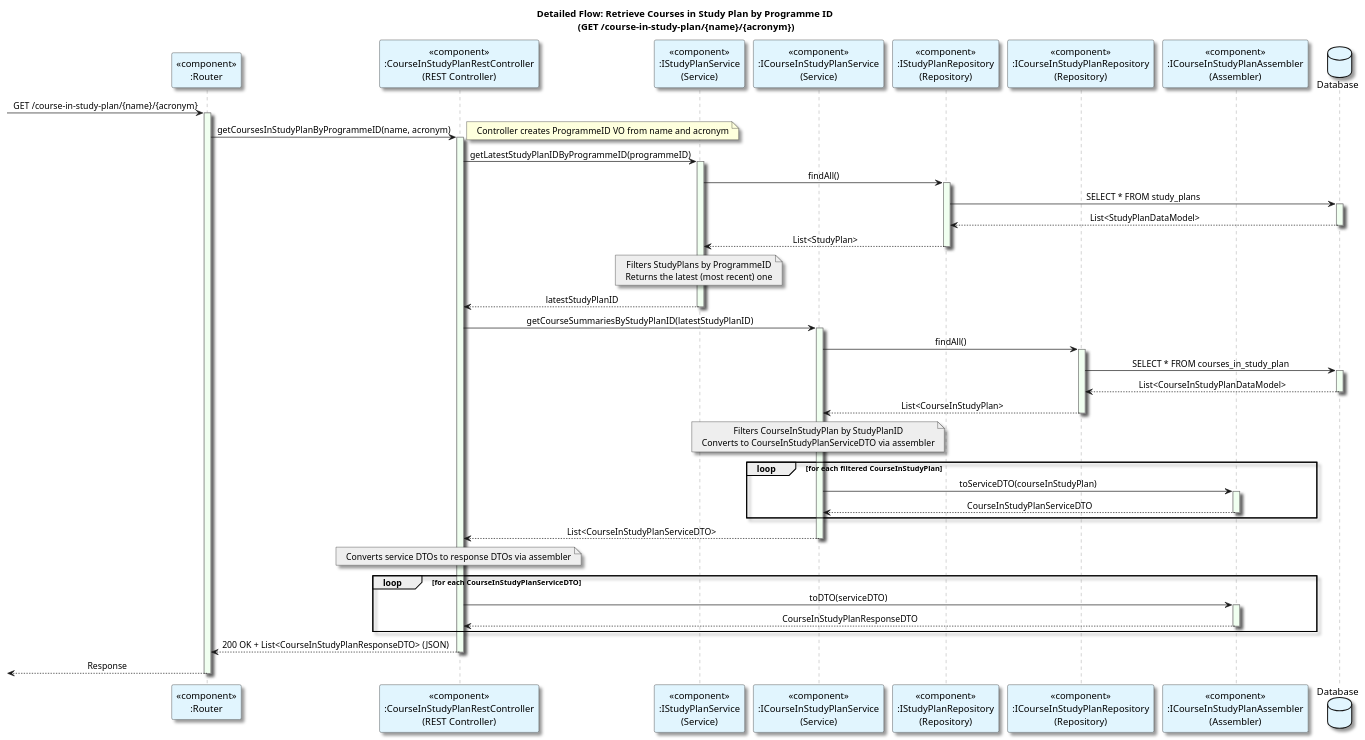
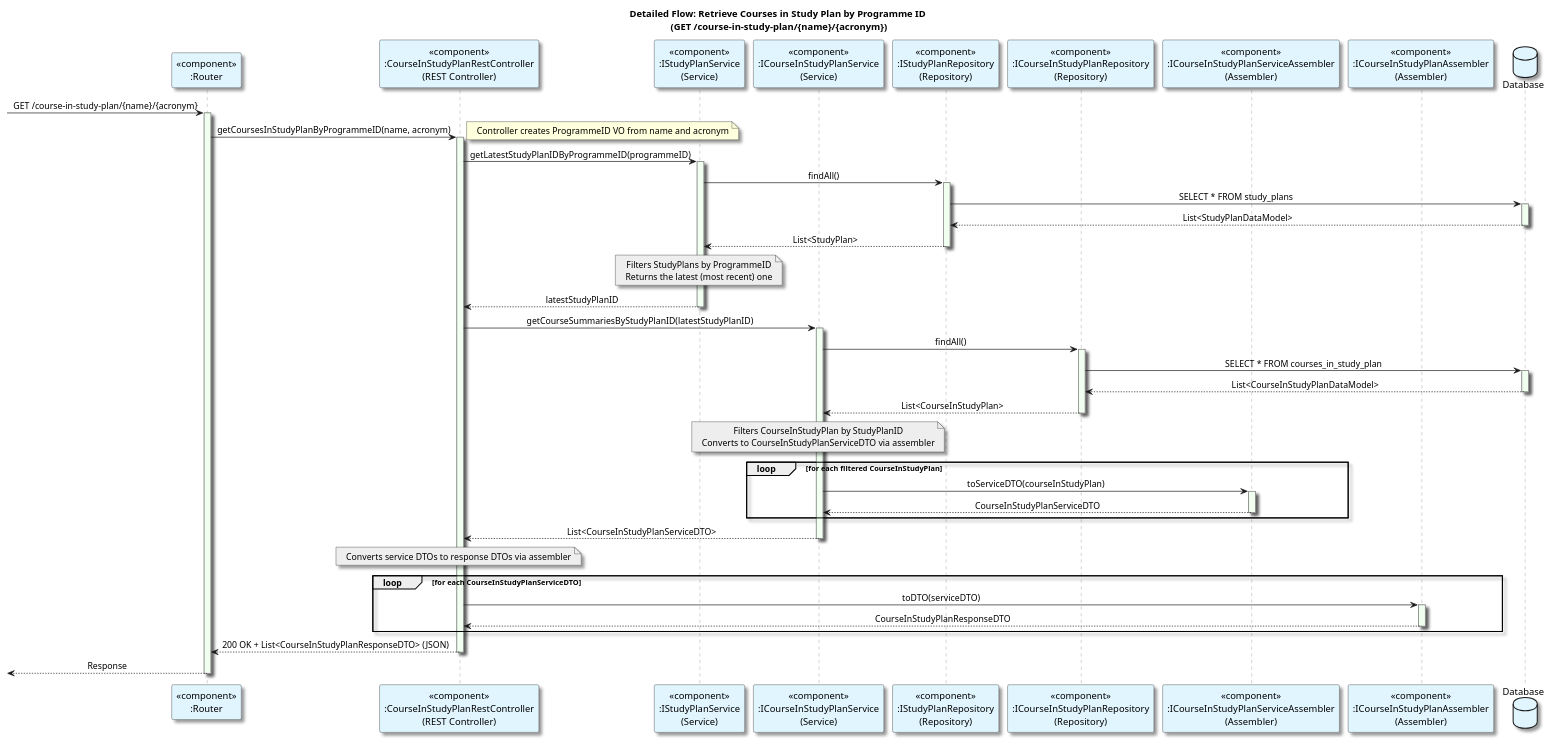
One commit to GasparISEP/DevOps-PAI changed the diagram in docs/US19/Sprint6_RestAPI/ProcessView/references/Reference3_ListOfCoursesInStudyPlan.puml. Above: the diagram before and after it, drawn with PlantUML. The commit also changed 10 other files, not shown here.

Commit message:
[refactor] Migrate toServiceDTO to dedicated ServiceAssembler and inject into CourseInStudyPlanService (Refs: #537, #568, #599)

```diff
--- a/docs/US19/Sprint6_RestAPI/ProcessView/references/Reference3_ListOfCoursesInStudyPlan.puml
+++ b/docs/US19/Sprint6_RestAPI/ProcessView/references/Reference3_ListOfCoursesInStudyPlan.puml
@@ -1,94 +1,95 @@
 @startuml
 title Detailed Flow: Retrieve Courses in Study Plan by Programme ID \n(GET /course-in-study-plan/{name}/{acronym})
 skinparam sequence {
     LifeLineBorderColor Grey
     LifeLineBackgroundColor HoneyDew
 }
 skinparam defaultTextAlignment center
 skinparam shadowing true
 participant "<<component>>\n:Router" as Router #E1F5FE
 participant "<<component>>\n:CourseInStudyPlanRestController\n(REST Controller)" as Controller #E1F5FE
 participant "<<component>>\n:IStudyPlanService\n(Service)" as SPService #E1F5FE
 participant "<<component>>\n:ICourseInStudyPlanService\n(Service)" as CSPService #E1F5FE
 participant "<<component>>\n:IStudyPlanRepository\n(Repository)" as StudyPlanRepo #E1F5FE
 participant "<<component>>\n:ICourseInStudyPlanRepository\n(Repository)" as CourseInSPRepo #E1F5FE
+participant "<<component>>\n:ICourseInStudyPlanServiceAssembler\n(Assembler)" as ServiceAssembler #E1F5FE
 participant "<<component>>\n:ICourseInStudyPlanAssembler\n(Assembler)" as Assembler #E1F5FE
 database "Database" as DB #E1F5FE
 
 -> Router: GET /course-in-study-plan/{name}/{acronym}
 activate Router
 
 Router -> Controller: getCoursesInStudyPlanByProgrammeID(name, acronym)
 activate Controller
 
 note right: Controller creates ProgrammeID VO from name and acronym
 
 Controller -> SPService: getLatestStudyPlanIDByProgrammeID(programmeID)
 activate SPService
 
 SPService -> StudyPlanRepo: findAll()
 activate StudyPlanRepo
 
 StudyPlanRepo -> DB: SELECT * FROM study_plans
 activate DB
 DB --> StudyPlanRepo: List<StudyPlanDataModel>
 deactivate DB
 
 StudyPlanRepo --> SPService: List<StudyPlan>
 deactivate StudyPlanRepo
 
 note over SPService #EEEEEE
 Filters StudyPlans by ProgrammeID
 Returns the latest (most recent) one
 end note
 
 SPService --> Controller: latestStudyPlanID
 deactivate SPService
 
 Controller -> CSPService: getCourseSummariesByStudyPlanID(latestStudyPlanID)
 activate CSPService
 
 CSPService -> CourseInSPRepo: findAll()
 activate CourseInSPRepo
 
 CourseInSPRepo -> DB: SELECT * FROM courses_in_study_plan
 activate DB
 DB --> CourseInSPRepo: List<CourseInStudyPlanDataModel>
 deactivate DB
 
 CourseInSPRepo --> CSPService: List<CourseInStudyPlan>
 deactivate CourseInSPRepo
 
 note over CSPService #EEEEEE
 Filters CourseInStudyPlan by StudyPlanID
 Converts to CourseInStudyPlanServiceDTO via assembler
 end note
 
 loop for each filtered CourseInStudyPlan
-    CSPService -> Assembler: toServiceDTO(courseInStudyPlan)
-    activate Assembler
-    Assembler --> CSPService: CourseInStudyPlanServiceDTO
-    deactivate Assembler
+    CSPService -> ServiceAssembler: toServiceDTO(courseInStudyPlan)
+    activate ServiceAssembler
+    ServiceAssembler --> CSPService: CourseInStudyPlanServiceDTO
+    deactivate ServiceAssembler
 end
 
 CSPService --> Controller: List<CourseInStudyPlanServiceDTO>
 deactivate CSPService
 
 note over Controller #EEEEEE
 Converts service DTOs to response DTOs via assembler
 end note
 
 loop for each CourseInStudyPlanServiceDTO
     Controller -> Assembler: toDTO(serviceDTO)
     activate Assembler
     Assembler --> Controller: CourseInStudyPlanResponseDTO
     deactivate Assembler
 end
 
 Controller --> Router: 200 OK + List<CourseInStudyPlanResponseDTO> (JSON)
 deactivate Controller
 
 <-- Router: Response
 deactivate Router
 
 @enduml
```
